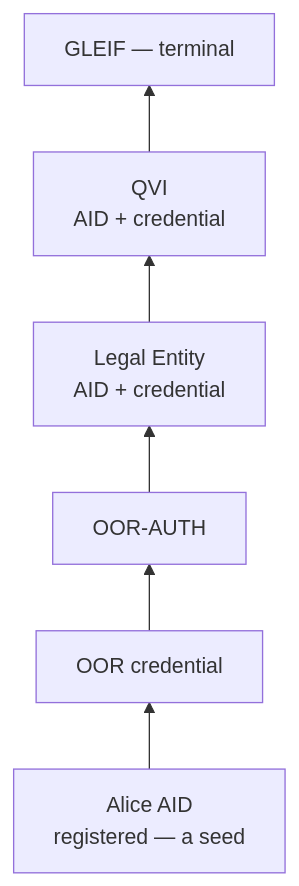
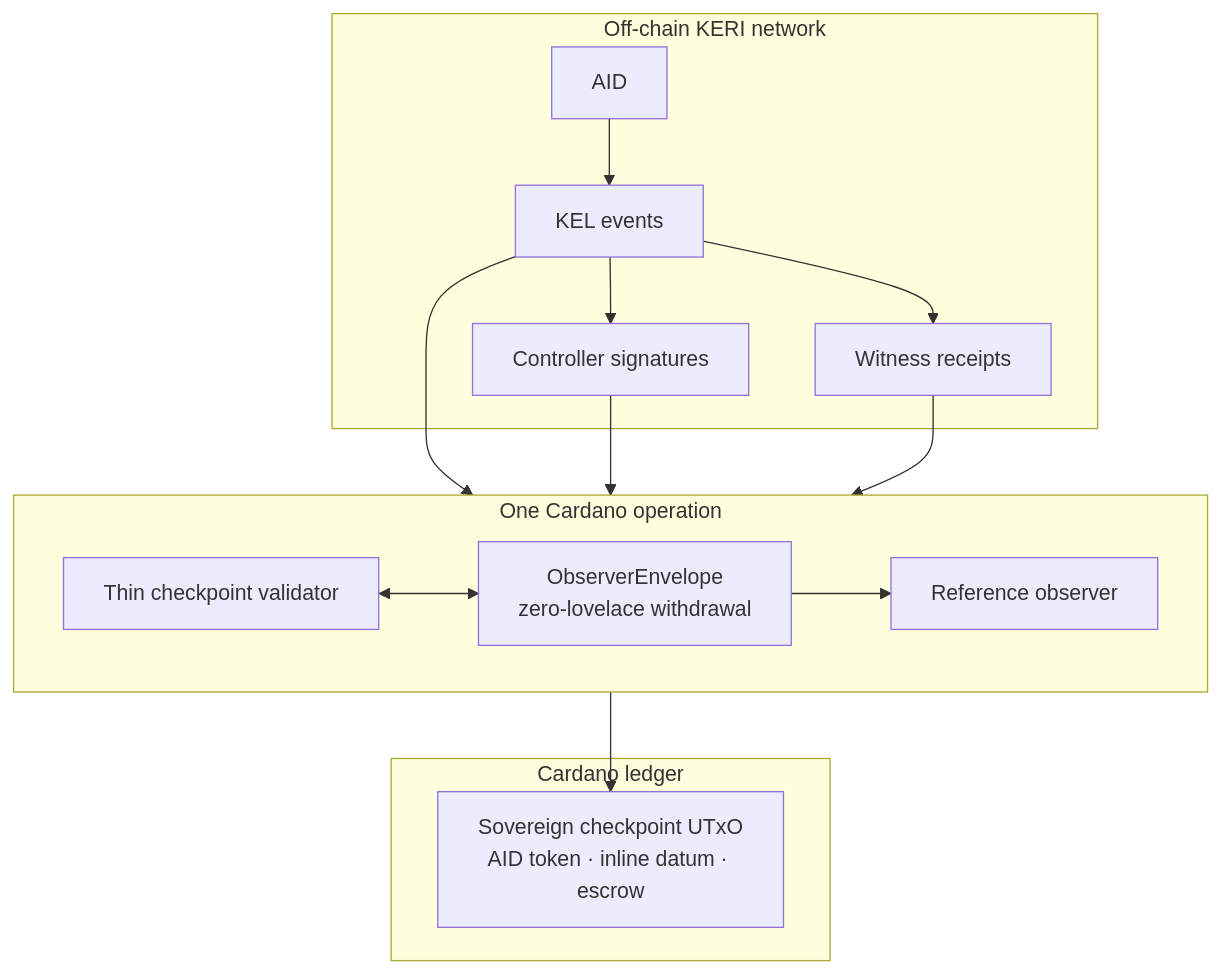
The first of 4 diagrams in docs/architecture/system.md (lambdasistemi/cardano-keri), drawn with Mermaid before and after one commit. The commit also changed other lines of this file and 24 other files, not shown here.

````diff
--- a/docs/architecture/system.md
+++ b/docs/architecture/system.md
@@ -100,8 +26,29 @@
 ```mermaid
-flowchart BT
-    Alice["Alice AID<br/>registered — a seed"] --> OOR["OOR credential"]
-    OOR --> OAUTH["OOR-AUTH"]
-    OAUTH --> LE["Legal Entity<br/>AID + credential"]
-    LE --> QVI["QVI<br/>AID + credential"]
-    QVI --> GLEIF["GLEIF — terminal"]
+flowchart TB
+    subgraph KERI["Off-chain KERI network"]
+        AID["AID"]
+        KEL["KEL events"]
+        SIG["Controller signatures"]
+        WIT["Witness receipts"]
+        AID --> KEL
+        KEL --> SIG
+        KEL --> WIT
+    end
+
+    subgraph TX["One Cardano operation"]
+        CK["Thin checkpoint validator"]
+        ENV["ObserverEnvelope<br/>zero-lovelace withdrawal"]
+        OBS["Reference observer"]
+        CK <--> ENV
+        ENV --> OBS
+    end
+
+    subgraph CHAIN["Cardano ledger"]
+        STATE["Sovereign checkpoint UTxO<br/>AID token · inline datum · escrow"]
+    end
+
+    KEL --> TX
+    SIG --> TX
+    WIT --> TX
+    TX --> STATE
 ```
````
